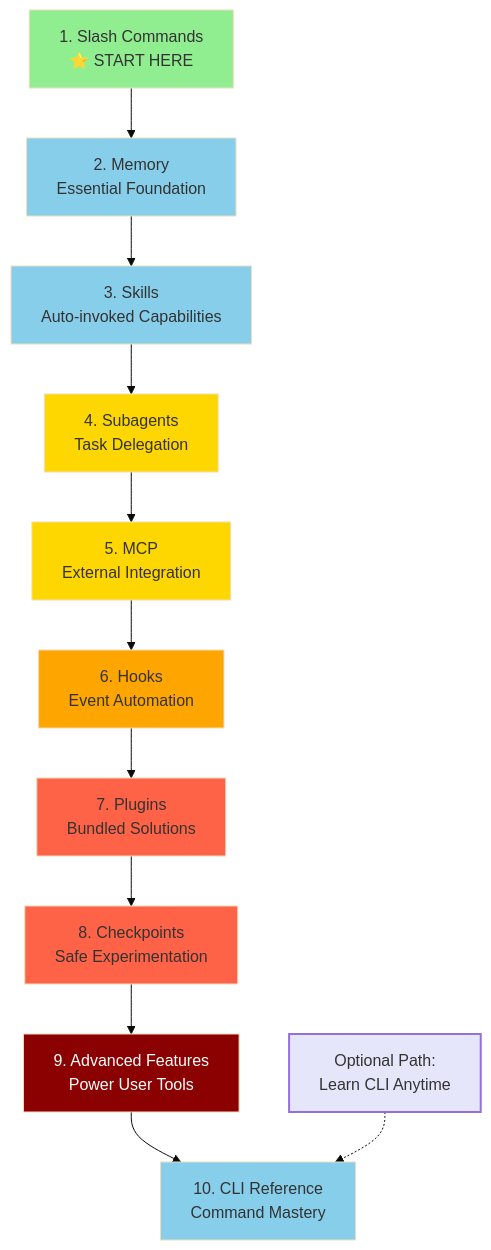
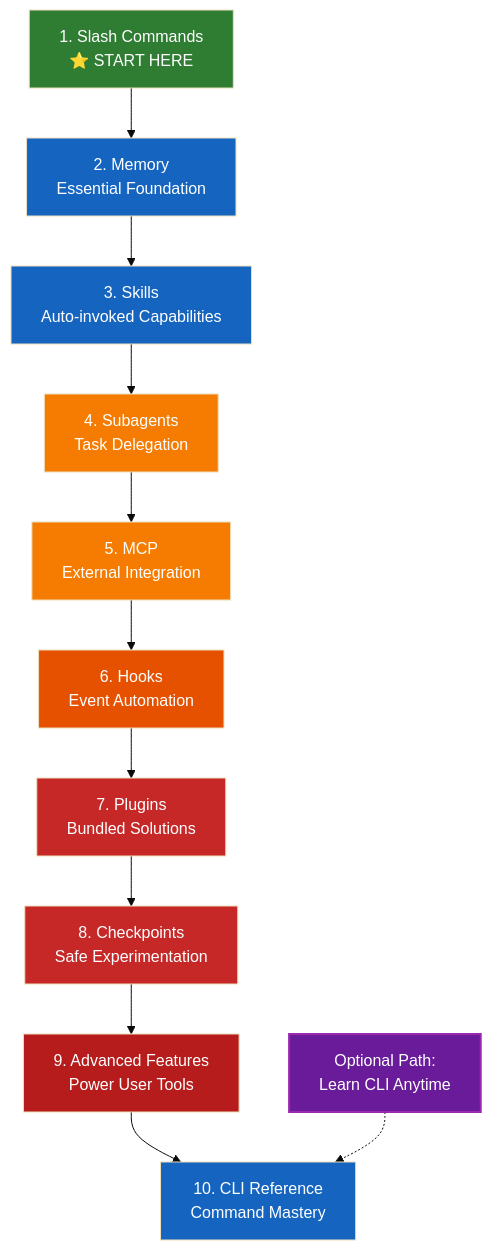
The diagram in LEARNING-ROADMAP.md (omnimasudo/croft-howto), drawn with Mermaid (base theme) before and after one commit.

Commit message:
fix: Improve mermaid diagram color accessibility for dark mode
Replace light colors with darker, WCAG-compliant alternatives that
provide better contrast in both light and dark modes. All nodes now
use white text for consistent readability.

Fixes #6

````diff
--- a/LEARNING-ROADMAP.md
+++ b/LEARNING-ROADMAP.md
@@ -26,27 +26,27 @@
 ```mermaid
 graph TD
     A[1. Slash Commands<br/>⭐ START HERE] --> B[2. Memory<br/>Essential Foundation]
     B --> C[3. Skills<br/>Auto-invoked Capabilities]
     C --> D[4. Subagents<br/>Task Delegation]
     D --> E[5. MCP<br/>External Integration]
     E --> F[6. Hooks<br/>Event Automation]
     F --> G[7. Plugins<br/>Bundled Solutions]
     G --> H[8. Checkpoints<br/>Safe Experimentation]
     H --> I[9. Advanced Features<br/>Power User Tools]
     I --> J[10. CLI Reference<br/>Command Mastery]
 
     K[Optional Path:<br/>Learn CLI Anytime]
     K -.-> J
 
-    style A fill:#90EE90
-    style B fill:#87CEEB
-    style C fill:#87CEEB
-    style D fill:#FFD700
-    style E fill:#FFD700
-    style F fill:#FFA500
-    style G fill:#FF6347
-    style H fill:#FF6347
-    style I fill:#8B0000,color:#fff
-    style J fill:#87CEEB
-    style K fill:#E6E6FA,stroke:#9370DB,stroke-width:2px
+    style A fill:#2E7D32,color:#fff
+    style B fill:#1565C0,color:#fff
+    style C fill:#1565C0,color:#fff
+    style D fill:#F57C00,color:#fff
+    style E fill:#F57C00,color:#fff
+    style F fill:#E65100,color:#fff
+    style G fill:#C62828,color:#fff
+    style H fill:#C62828,color:#fff
+    style I fill:#B71C1C,color:#fff
+    style J fill:#1565C0,color:#fff
+    style K fill:#6A1B9A,color:#fff,stroke:#9C27B0,stroke-width:2px
 ```
````
